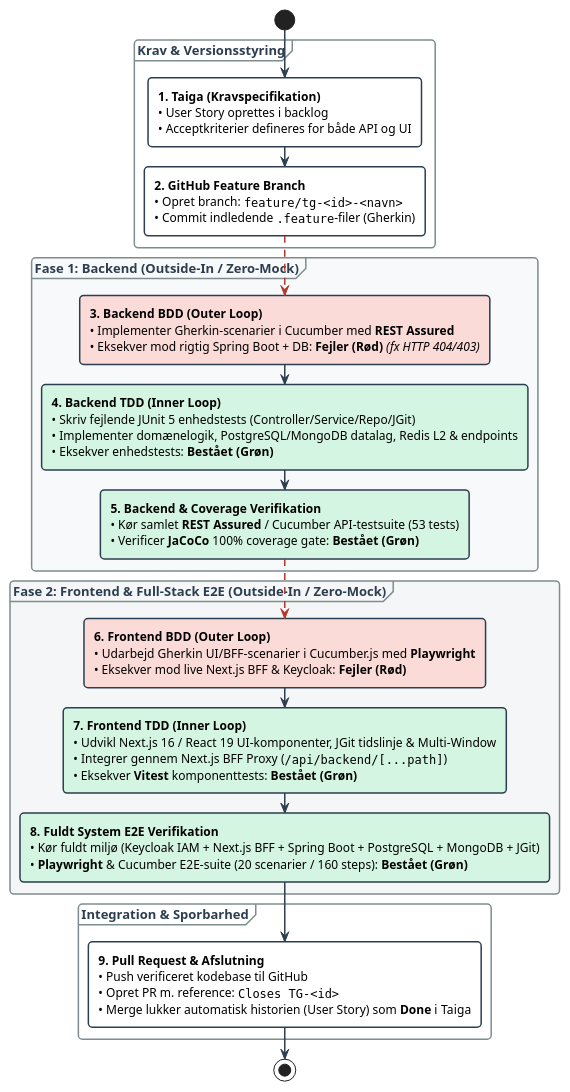
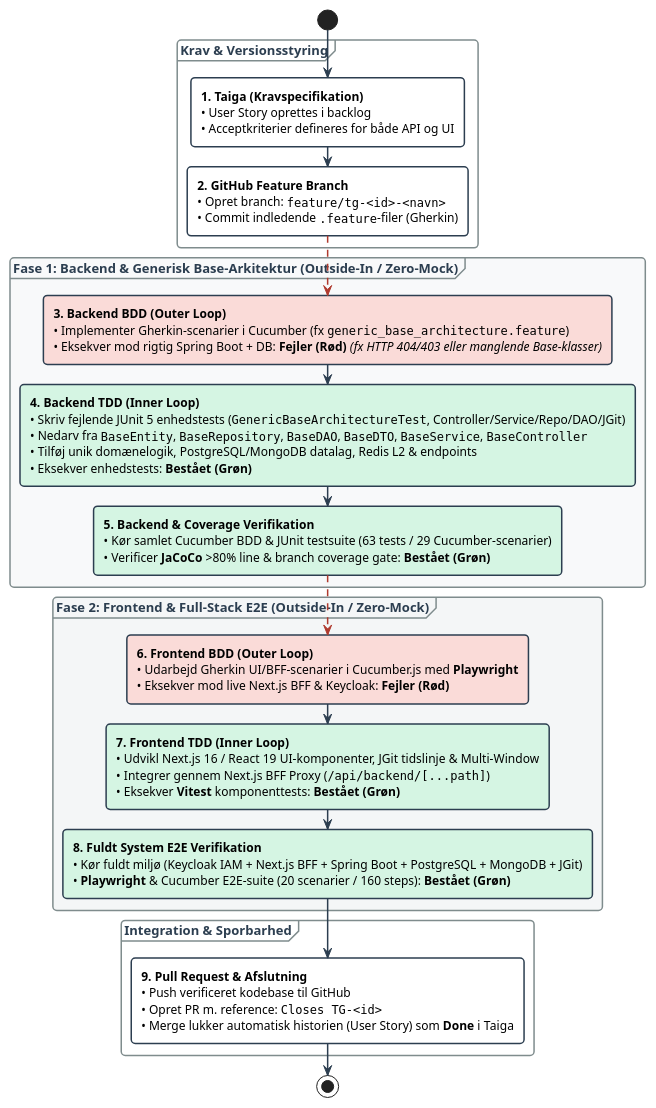
One commit to 7-3-N-3-7/api changed the diagram in infrastructure/diagrams/bdd-tdd-workflow.puml. Above: the diagram before and after it, drawn with PlantUML. The commit also changed 21 other files, not shown here.

First line of the commit message:
feat(diagrams): Add swimlane diagrams for core framework, i18n, journal, psychotraumatology, and user management

```diff
--- a/infrastructure/diagrams/bdd-tdd-workflow.puml
+++ b/infrastructure/diagrams/bdd-tdd-workflow.puml
@@ -1,75 +1,76 @@
 @startuml
 skinparam defaultFontName Arial
 skinparam defaultFontSize 12
 skinparam roundCorner 8
 skinparam shadowing false
 skinparam ArrowColor #2C3E50
 skinparam ArrowThickness 1.5
 
 skinparam activity {
     BackgroundColor #FFFFFF
     BorderColor #2C3E50
     BorderThickness 1.5
 }
 
 skinparam partition {
     BorderColor #7F8C8D
     FontColor #2C3E50
     FontStyle bold
     FontSize 13
 }
 
 start
 
 partition "**Krav & Versionsstyring**" {
     :<b>1. Taiga (Kravspecifikation)</b>
     • User Story oprettes i backlog
     • Acceptkriterier defineres for både API og UI;
 
     :<b>2. GitHub Feature Branch</b>
     • Opret branch: ""feature/tg-<id>-<navn>""
     • Commit indledende "".feature""-filer (Gherkin);
 }
 
-partition "**Fase 1: Backend (Outside-In / Zero-Mock)**" #F8F9FA {
+partition "**Fase 1: Backend & Generisk Base-Arkitektur (Outside-In / Zero-Mock)**" #F8F9FA {
     -[#B03A2E,dashed]->
     #FADBD8:<b>3. Backend BDD (Outer Loop)</b>
-    • Implementer Gherkin-scenarier i Cucumber med **REST Assured**
-    • Eksekver mod rigtig Spring Boot + DB: **Fejler (Rød)** //(fx HTTP 404/403)//;
+    • Implementer Gherkin-scenarier i Cucumber (fx ""generic_base_architecture.feature"")
+    • Eksekver mod rigtig Spring Boot + DB: **Fejler (Rød)** //(fx HTTP 404/403 eller manglende Base-klasser)//;
     
     #D5F5E3:<b>4. Backend TDD (Inner Loop)</b>
-    • Skriv fejlende JUnit 5 enhedstests (Controller/Service/Repo/JGit)
-    • Implementer domænelogik, PostgreSQL/MongoDB datalag, Redis L2 & endpoints
+    • Skriv fejlende JUnit 5 enhedstests (""GenericBaseArchitectureTest"", Controller/Service/Repo/DAO/JGit)
+    • Nedarv fra ""BaseEntity"", ""BaseRepository"", ""BaseDAO"", ""BaseDTO"", ""BaseService"", ""BaseController""
+    • Tilføj unik domænelogik, PostgreSQL/MongoDB datalag, Redis L2 & endpoints
     • Eksekver enhedstests: **Bestået (Grøn)**;
 
     #D5F5E3:<b>5. Backend & Coverage Verifikation</b>
-    • Kør samlet **REST Assured** / Cucumber API-testsuite (53 tests)
-    • Verificer **JaCoCo** 100% coverage gate: **Bestået (Grøn)**;
+    • Kør samlet Cucumber BDD & JUnit testsuite (63 tests / 29 Cucumber-scenarier)
+    • Verificer **JaCoCo** >80% line & branch coverage gate: **Bestået (Grøn)**;
 }
 
 partition "**Fase 2: Frontend & Full-Stack E2E (Outside-In / Zero-Mock)**" #F4F6F7 {
     -[#B03A2E,dashed]->
     #FADBD8:<b>6. Frontend BDD (Outer Loop)</b>
     • Udarbejd Gherkin UI/BFF-scenarier i Cucumber.js med **Playwright**
     • Eksekver mod live Next.js BFF & Keycloak: **Fejler (Rød)**;
 
     #D5F5E3:<b>7. Frontend TDD (Inner Loop)</b>
     • Udvikl Next.js 16 / React 19 UI-komponenter, JGit tidslinje & Multi-Window
     • Integrer gennem Next.js BFF Proxy (""/api/backend/[...path]"")
     • Eksekver **Vitest** komponenttests: **Bestået (Grøn)**;
 
     #D5F5E3:<b>8. Fuldt System E2E Verifikation</b>
     • Kør fuldt miljø (Keycloak IAM + Next.js BFF + Spring Boot + PostgreSQL + MongoDB + JGit)
     • **Playwright** & Cucumber E2E-suite (20 scenarier / 160 steps): **Bestået (Grøn)**;
 }
 
 partition "**Integration & Sporbarhed**" {
     :<b>9. Pull Request & Afslutning</b>
     • Push verificeret kodebase til GitHub
     • Opret PR m. reference: ""Closes TG-<id>""
     • Merge lukker automatisk historien (User Story) som **Done** i Taiga;
 
 }
 
 stop
 @enduml
```
